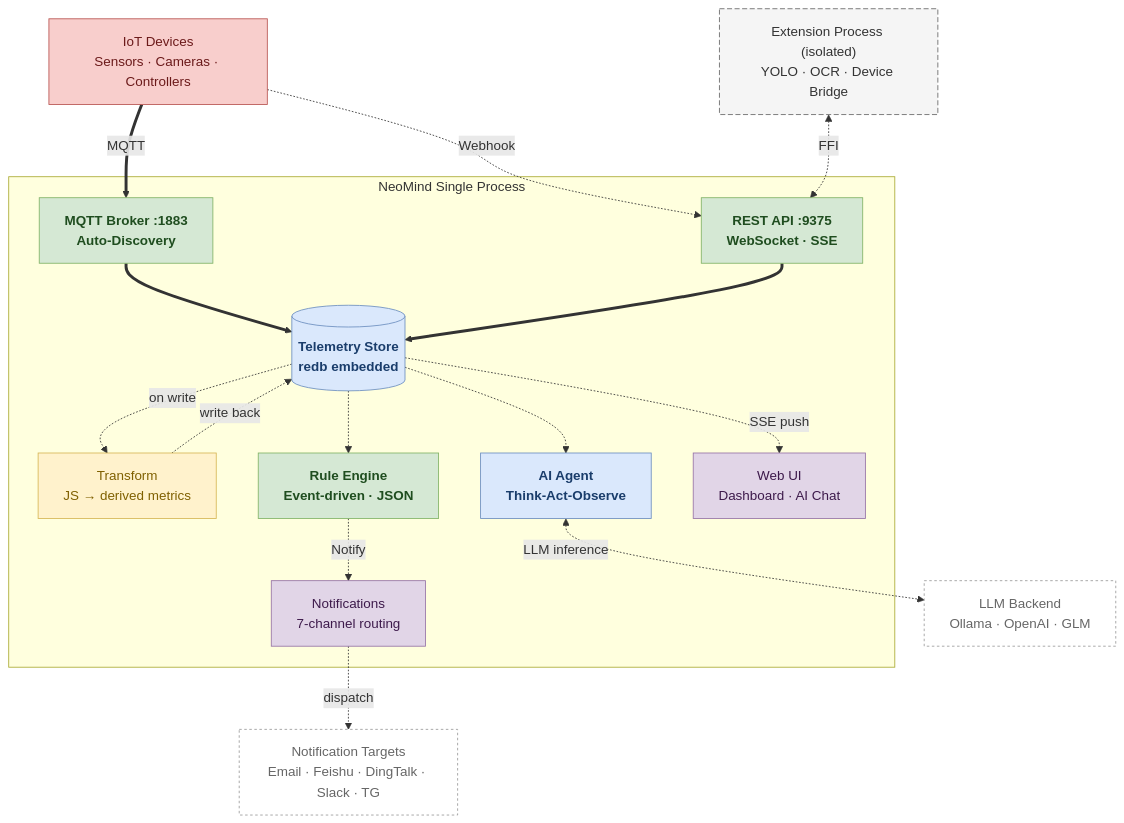
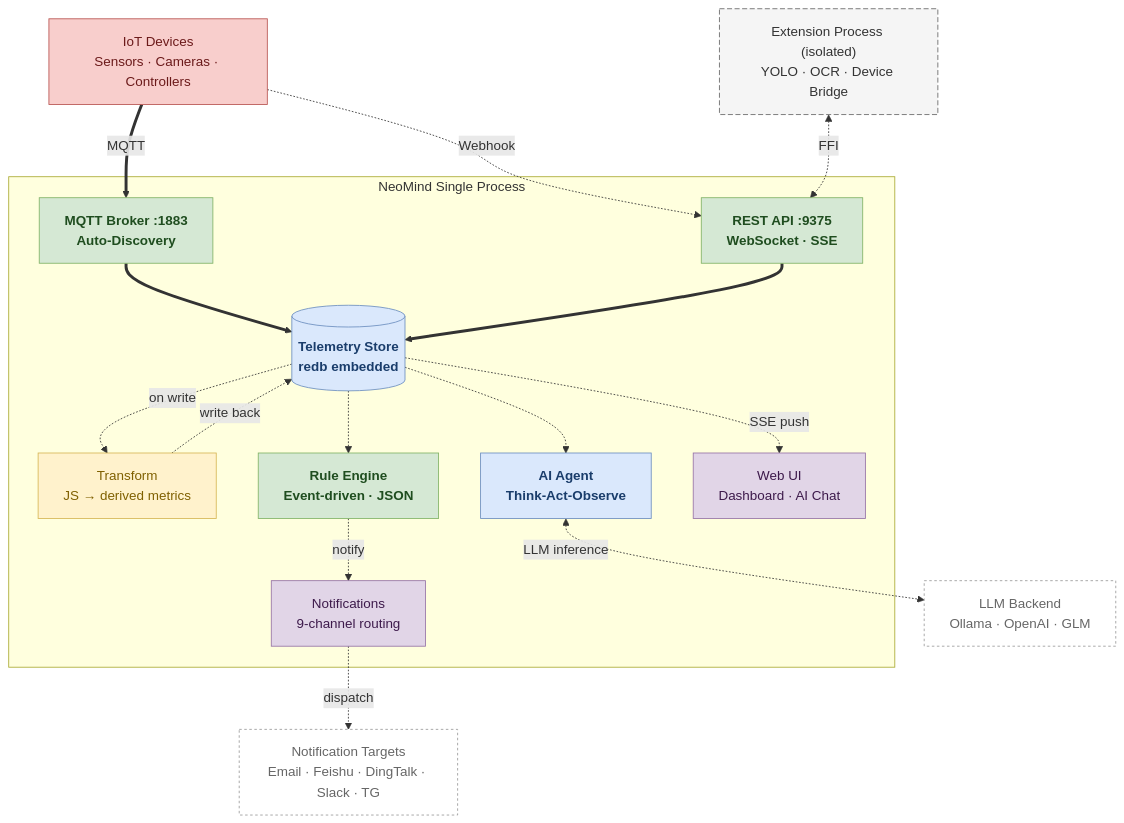
One commit to camthink-ai/wiki-documents changed the first of 5 diagrams in i18n/en/docusaurus-plugin-content-docs/current/0-neomind/concepts/2-core-concepts.md. Above: the diagram before and after it, drawn with Mermaid. The commit also changed other lines of this file and 85 other files, not shown here.

````diff
--- a/i18n/en/docusaurus-plugin-content-docs/current/0-neomind/concepts/2-core-concepts.md
+++ b/i18n/en/docusaurus-plugin-content-docs/current/0-neomind/concepts/2-core-concepts.md
@@ -20,42 +20,42 @@
 ```mermaid
 flowchart TB
     subgraph neo["NeoMind Single Process"]
         MQTT["MQTT Broker :1883<br/>Auto-Discovery"]:::core
         API["REST API :9375<br/>WebSocket · SSE"]:::core
         STORE[("Telemetry Store<br/>redb embedded")]:::store
         TRANSFORM["Transform<br/>JS → derived metrics"]:::pipeline
         RULE["Rule Engine<br/>Event-driven · JSON"]:::core
         AGENT["AI Agent<br/>Think-Act-Observe"]:::ai
         WEBUI["Web UI<br/>Dashboard · AI Chat"]:::consumer
-        MSG["Notifications<br/>7-channel routing"]:::consumer
+        MSG["Notifications<br/>9-channel routing"]:::consumer
 
         MQTT ==> STORE
         API ==> STORE
         STORE -.->|"on write"| TRANSFORM
         TRANSFORM -.->|"write back"| STORE
         STORE -.-> RULE
         STORE -.-> AGENT
-        RULE -.->|"Notify"| MSG
+        RULE -.->|"notify"| MSG
         STORE -.->|"SSE push"| WEBUI
     end
 
     DEV["IoT Devices<br/>Sensors · Cameras · Controllers"]:::device
     LLM["LLM Backend<br/>Ollama · OpenAI · GLM"]:::external
     EXT["Extension Process (isolated)<br/>YOLO · OCR · Device Bridge"]:::extension
     TARGET["Notification Targets<br/>Email · Feishu · DingTalk · Slack · TG"]:::external
 
     DEV ==>|"MQTT"| MQTT
     DEV -.->|"Webhook"| API
     AGENT <-.->|"LLM inference"| LLM
     EXT <-.->|"FFI"| API
     MSG -.->|"dispatch"| TARGET
 
     classDef core fill:#d5e8d4,stroke:#82b366,color:#1f4d1f,font-weight:bold
     classDef store fill:#dae8fc,stroke:#6c8ebf,color:#1a3d6b,font-weight:bold
     classDef device fill:#f8cecc,stroke:#b85450,color:#6b1a1a
     classDef pipeline fill:#fff2cc,stroke:#d6b656,color:#7f6000
     classDef extension fill:#f5f5f5,stroke:#666,stroke-dasharray:6 3,color:#333
     classDef consumer fill:#e1d5e7,stroke:#9673a6,color:#3d1a4b
     classDef ai fill:#dae8fc,stroke:#6c8ebf,color:#1a3d6b,font-weight:bold
     classDef external fill:#fff,stroke:#999,stroke-dasharray:3 3,color:#666
 ```
````
